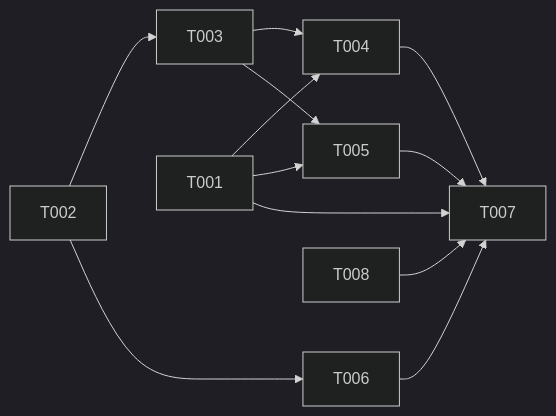
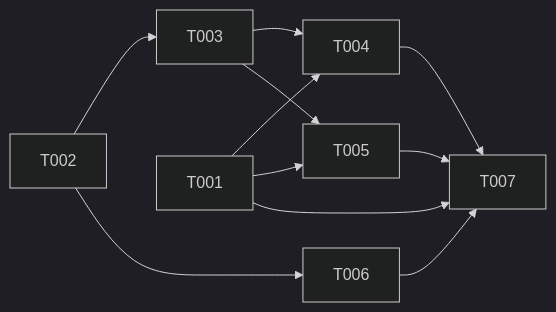
Before and after one commit to rbonillajr/gitRaptor: the third of 3 diagrams in docs/requirements/features/guardrails/dev-specs/US-GRD-017-sin-snapshot-no-se-ejecuta.md, drawn with Mermaid (dark theme). The commit also changed other lines of this file and 3 other files, not shown here.

````diff
--- a/docs/requirements/features/guardrails/dev-specs/US-GRD-017-sin-snapshot-no-se-ejecuta.md
+++ b/docs/requirements/features/guardrails/dev-specs/US-GRD-017-sin-snapshot-no-se-ejecuta.md
@@ -218,14 +217,13 @@
 ```mermaid
 graph LR
     T002 --> T003
     T003 --> T004
     T003 --> T005
     T001 --> T004
     T001 --> T005
     T002 --> T006
     T001 --> T007
     T004 --> T007
     T005 --> T007
     T006 --> T007
-    T008 --> T007
 ```
````
